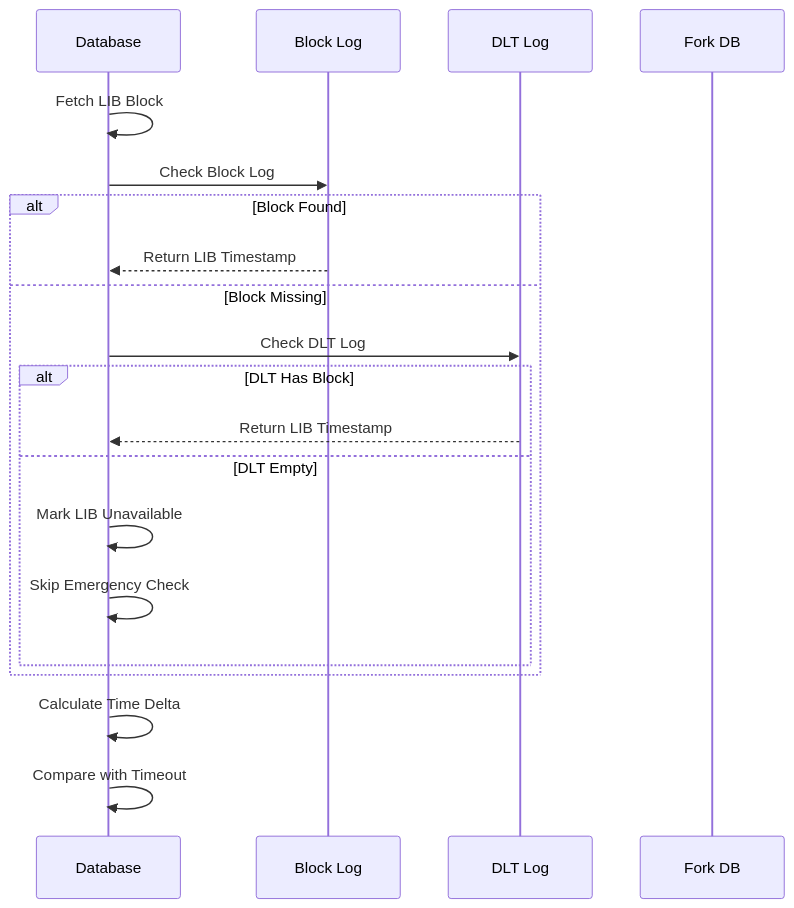
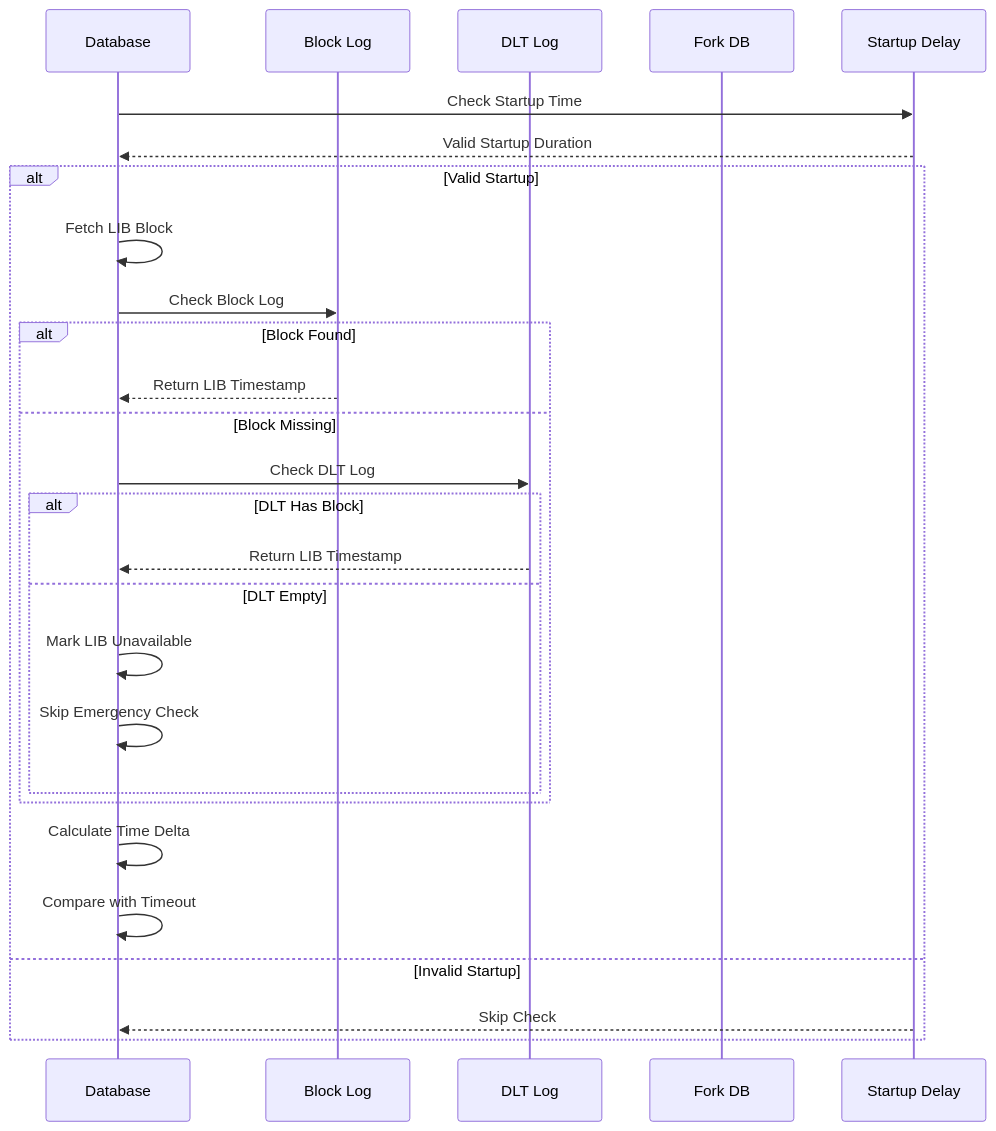
One commit to VIZ-Blockchain/viz-cpp-node changed the fourth of 8 diagrams in .qoder/repowiki/en/content/Core Libraries/Emergency Consensus System.md. Above: the diagram before and after it, drawn with Mermaid. The commit also changed other lines of this file and 3 other files, not shown here.

````diff
--- a/.qoder/repowiki/en/content/Core Libraries/Emergency Consensus System.md
+++ b/.qoder/repowiki/en/content/Core Libraries/Emergency Consensus System.md
@@ -220,22 +235,29 @@
 ```mermaid
 sequenceDiagram
 participant DB as Database
 participant BL as Block Log
 participant DLT as DLT Log
 participant FD as Fork DB
+participant SD as Startup Delay
+DB->>SD : Check Startup Time
+SD-->>DB : Valid Startup Duration
+alt Valid Startup
 DB->>DB : Fetch LIB Block
 DB->>BL : Check Block Log
 alt Block Found
 BL-->>DB : Return LIB Timestamp
 else Block Missing
 DB->>DLT : Check DLT Log
 alt DLT Has Block
 DLT-->>DB : Return LIB Timestamp
 else DLT Empty
 DB->>DB : Mark LIB Unavailable
 DB->>DB : Skip Emergency Check
 end
 end
 DB->>DB : Calculate Time Delta
 DB->>DB : Compare with Timeout
+else Invalid Startup
+SD-->>DB : Skip Check
+end
 ```
````
